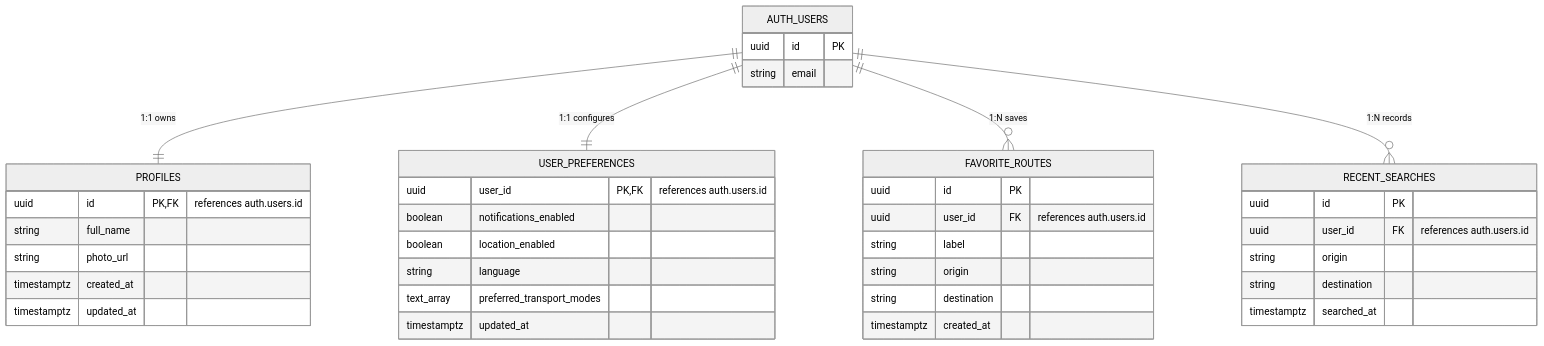
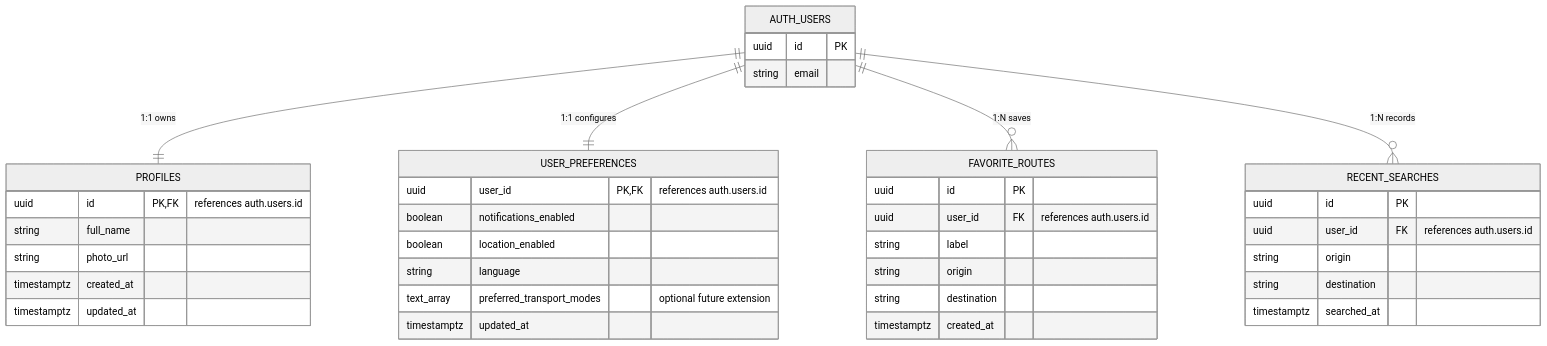
Before and after one commit to yanlok/smartroute: the diagram in docs/database.md, drawn with Mermaid (neutral theme). The commit also changed other lines of this file and 6 other files, not shown here.

Commit message:
docs: refine architecture v2 migration boundaries

````diff
--- a/docs/database.md
+++ b/docs/database.md
@@ -32,46 +34,46 @@
 ```mermaid
 erDiagram
     AUTH_USERS ||--|| PROFILES : "1:1 owns"
     AUTH_USERS ||--|| USER_PREFERENCES : "1:1 configures"
     AUTH_USERS ||--o{ FAVORITE_ROUTES : "1:N saves"
     AUTH_USERS ||--o{ RECENT_SEARCHES : "1:N records"
 
     AUTH_USERS {
         uuid id PK
         string email
     }
 
     PROFILES {
         uuid id PK,FK "references auth.users.id"
         string full_name
         string photo_url
         timestamptz created_at
         timestamptz updated_at
     }
 
     USER_PREFERENCES {
         uuid user_id PK,FK "references auth.users.id"
         boolean notifications_enabled
         boolean location_enabled
         string language
-        text_array preferred_transport_modes
+        text_array preferred_transport_modes "optional future extension"
         timestamptz updated_at
     }
 
     FAVORITE_ROUTES {
         uuid id PK
         uuid user_id FK "references auth.users.id"
         string label
         string origin
         string destination
         timestamptz created_at
     }
 
     RECENT_SEARCHES {
         uuid id PK
         uuid user_id FK "references auth.users.id"
         string origin
         string destination
         timestamptz searched_at
     }
 ```
````
